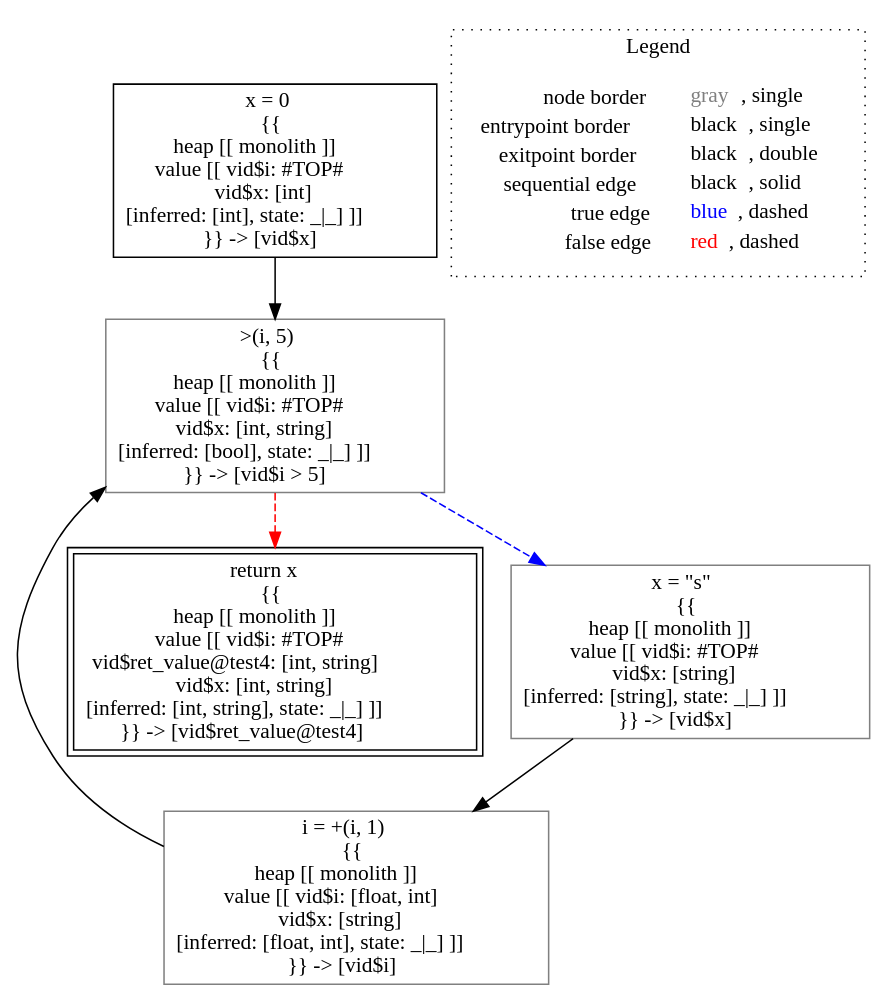
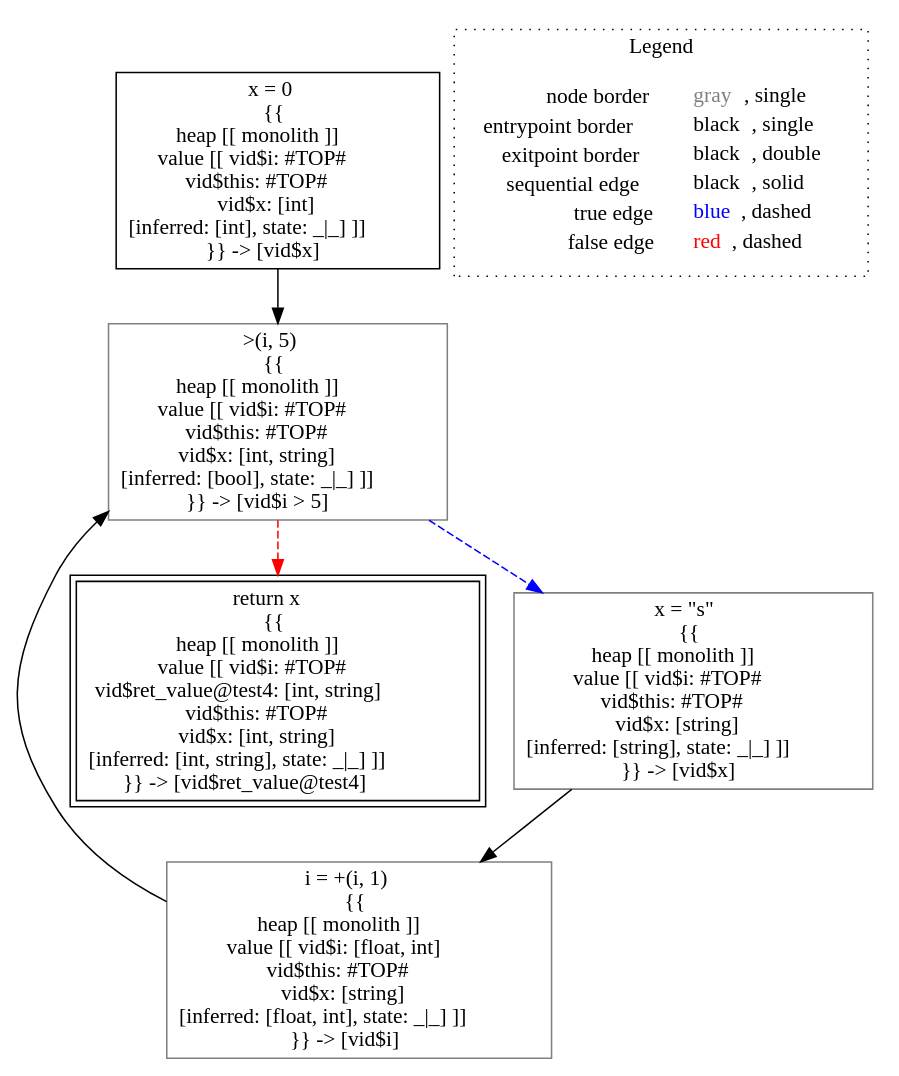
One commit to lisa-analyzer/lisa changed the diagram in lisa/imp-testcases/type-inference/typing___untyped_typing.test4(typing_this,_untyped_i).dot. Above: the diagram before and after it, drawn with Graphviz. The commit also changed 45 other files, not shown here.

```diff
--- a/lisa/imp-testcases/type-inference/typing___untyped_typing.test4(typing_this,_untyped_i).dot
+++ b/lisa/imp-testcases/type-inference/typing___untyped_typing.test4(typing_this,_untyped_i).dot
@@ -1,19 +1,19 @@
 digraph {
-	"node0" [shape="rect",color="black",label=<x = 0<BR/>{{<BR/>heap [[ monolith ]]<BR/>value [[ vid$i: #TOP#<BR/>vid$x: [int]<BR/>[inferred: [int], state: _|_] ]]<BR/>}} -&gt; [vid$x]>];
-	"node1" [shape="rect",color="black",peripheries="2",label=<return x<BR/>{{<BR/>heap [[ monolith ]]<BR/>value [[ vid$i: #TOP#<BR/>vid$ret_value@test4: [int, string]<BR/>vid$x: [int, string]<BR/>[inferred: [int, string], state: _|_] ]]<BR/>}} -&gt; [vid$ret_value@test4]>];
-	"node2" [shape="rect",color="gray",label=<x = &quot;s&quot;<BR/>{{<BR/>heap [[ monolith ]]<BR/>value [[ vid$i: #TOP#<BR/>vid$x: [string]<BR/>[inferred: [string], state: _|_] ]]<BR/>}} -&gt; [vid$x]>];
-	"node3" [shape="rect",color="gray",label=<i = +(i, 1)<BR/>{{<BR/>heap [[ monolith ]]<BR/>value [[ vid$i: [float, int]<BR/>vid$x: [string]<BR/>[inferred: [float, int], state: _|_] ]]<BR/>}} -&gt; [vid$i]>];
-	"node4" [shape="rect",color="gray",label=<&gt;(i, 5)<BR/>{{<BR/>heap [[ monolith ]]<BR/>value [[ vid$i: #TOP#<BR/>vid$x: [int, string]<BR/>[inferred: [bool], state: _|_] ]]<BR/>}} -&gt; [vid$i &gt; 5]>];
+	"node0" [shape="rect",color="black",label=<x = 0<BR/>{{<BR/>heap [[ monolith ]]<BR/>value [[ vid$i: #TOP#<BR/>vid$this: #TOP#<BR/>vid$x: [int]<BR/>[inferred: [int], state: _|_] ]]<BR/>}} -&gt; [vid$x]>];
+	"node1" [shape="rect",color="gray",label=<i = +(i, 1)<BR/>{{<BR/>heap [[ monolith ]]<BR/>value [[ vid$i: [float, int]<BR/>vid$this: #TOP#<BR/>vid$x: [string]<BR/>[inferred: [float, int], state: _|_] ]]<BR/>}} -&gt; [vid$i]>];
+	"node2" [shape="rect",color="black",peripheries="2",label=<return x<BR/>{{<BR/>heap [[ monolith ]]<BR/>value [[ vid$i: #TOP#<BR/>vid$ret_value@test4: [int, string]<BR/>vid$this: #TOP#<BR/>vid$x: [int, string]<BR/>[inferred: [int, string], state: _|_] ]]<BR/>}} -&gt; [vid$ret_value@test4]>];
+	"node3" [shape="rect",color="gray",label=<x = &quot;s&quot;<BR/>{{<BR/>heap [[ monolith ]]<BR/>value [[ vid$i: #TOP#<BR/>vid$this: #TOP#<BR/>vid$x: [string]<BR/>[inferred: [string], state: _|_] ]]<BR/>}} -&gt; [vid$x]>];
+	"node4" [shape="rect",color="gray",label=<&gt;(i, 5)<BR/>{{<BR/>heap [[ monolith ]]<BR/>value [[ vid$i: #TOP#<BR/>vid$this: #TOP#<BR/>vid$x: [int, string]<BR/>[inferred: [bool], state: _|_] ]]<BR/>}} -&gt; [vid$i &gt; 5]>];
 	"node0" -> "node4" [color="black"];
-	"node2" -> "node3" [color="black"];
-	"node3" -> "node4" [color="black"];
-	"node4" -> "node1" [color="red",style="dashed"];
-	"node4" -> "node2" [color="blue",style="dashed"];
+	"node1" -> "node4" [color="black"];
+	"node3" -> "node1" [color="black"];
+	"node4" -> "node2" [color="red",style="dashed"];
+	"node4" -> "node3" [color="blue",style="dashed"];
 subgraph cluster_legend {
 	label="Legend";
 	style=dotted;
 	node [shape=plaintext];
 	"legend" [label=<<table border="0" cellpadding="2" cellspacing="0" cellborder="0"><tr><td align="right">node border&nbsp;</td><td align="left"><font color="gray">gray</font>, single</td></tr><tr><td align="right">entrypoint border&nbsp;</td><td align="left"><font color="black">black</font>, single</td></tr><tr><td align="right">exitpoint border&nbsp;</td><td align="left"><font color="black">black</font>, double</td></tr><tr><td align="right">sequential edge&nbsp;</td><td align="left"><font color="black">black</font>, solid</td></tr><tr><td align="right">true edge&nbsp;</td><td align="left"><font color="blue">blue</font>, dashed</td></tr><tr><td align="right">false edge&nbsp;</td><td align="left"><font color="red">red</font>, dashed</td></tr></table>>];
 }
 
 }
```
